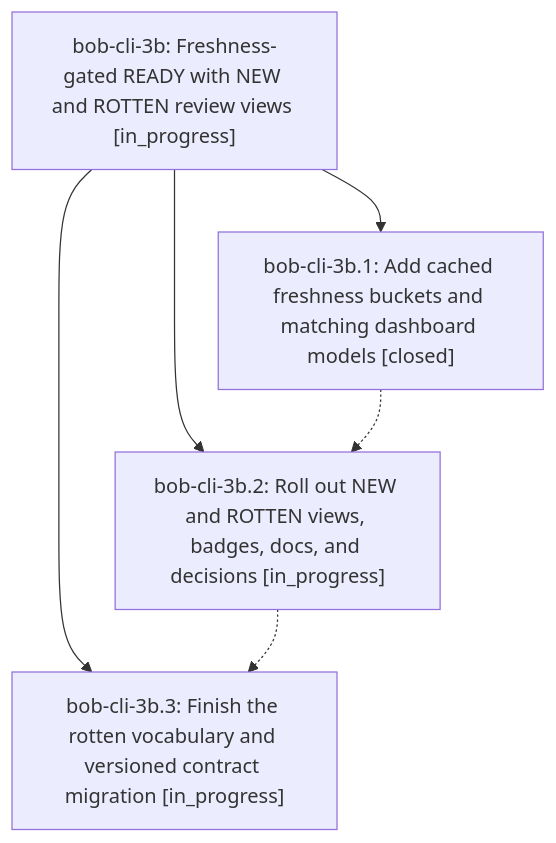
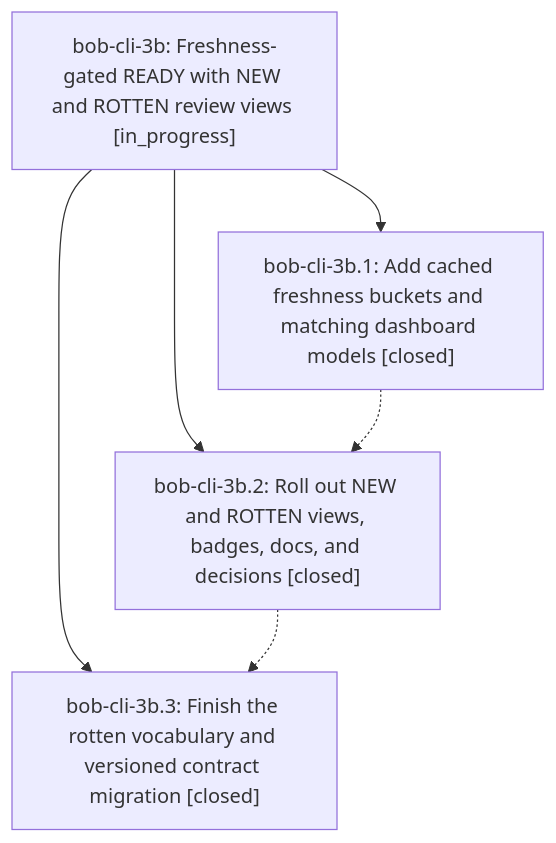
Before and after one commit to bobs-org/bob-cli--beads: the diagram in pages/bob-cli-3b/README.md, drawn with Mermaid. The commit also changed other lines of this file and 3 other files, not shown here.

First line of the commit message:
chore(beads): sync bead state and pages for bob-cli-3b

````diff
--- a/pages/bob-cli-3b/README.md
+++ b/pages/bob-cli-3b/README.md
@@ -24,12 +24,12 @@
 ```mermaid
 flowchart TD
     n0["bob-cli-3b: Freshness-gated READY with NEW and ROTTEN review views [in_progress]"]
     n1["bob-cli-3b.1: Add cached freshness buckets and matching dashboard models [closed]"]
-    n2["bob-cli-3b.2: Roll out NEW and ROTTEN views, badges, docs, and decisions [in_progress]"]
-    n3["bob-cli-3b.3: Finish the rotten vocabulary and versioned contract migration [in_progress]"]
+    n2["bob-cli-3b.2: Roll out NEW and ROTTEN views, badges, docs, and decisions [closed]"]
+    n3["bob-cli-3b.3: Finish the rotten vocabulary and versioned contract migration [closed]"]
     n0 --> n1
     n0 --> n2
     n0 --> n3
     n1 -.-> n2
     n2 -.-> n3
 ```
````
